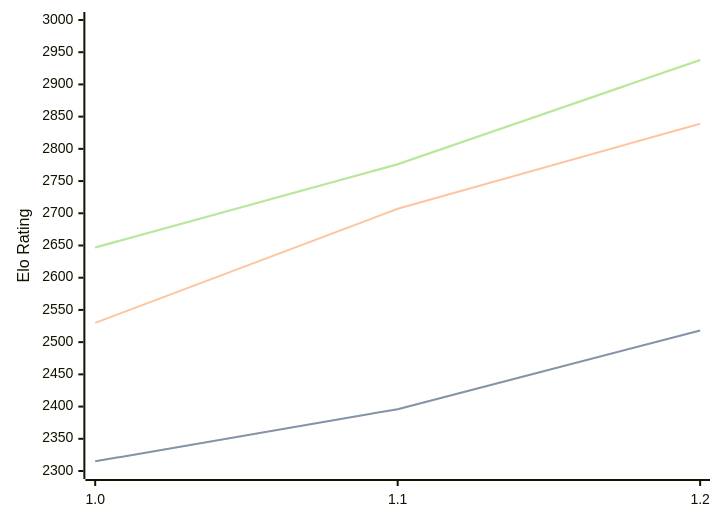
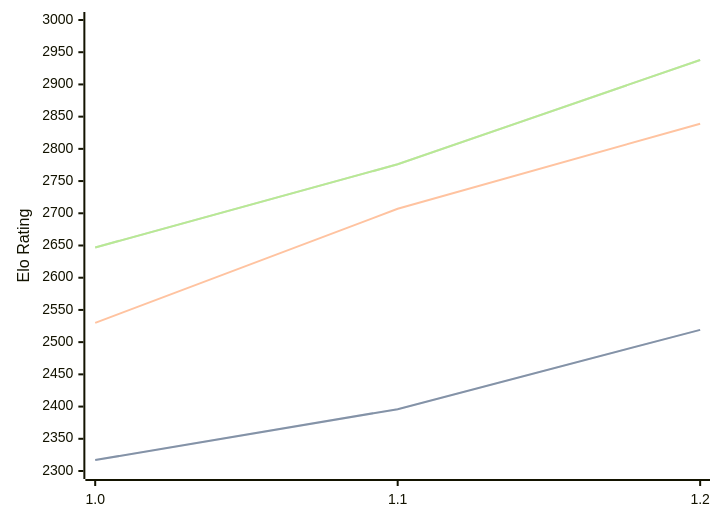
The diagram in engines/FoxChess.md (computer-chess-index/cci), drawn with Mermaid before and after one commit. The commit also changed other lines of this file, not shown here.

````diff
--- a/engines/FoxChess.md
+++ b/engines/FoxChess.md
@@ -33,11 +33,11 @@
 ```mermaid
 %%{init: {"theme":"base","themeVariables":{"seriesColors:['#a3a3a3','#222221','#faa371']}}}%%
 xychart-beta
   x-axis ["1.0", "1.1", "1.2"]
   y-axis "Elo Rating" 2300 --> 3000
-  line "STC (8.0+0.08s)" [2315, 2396, 2518]
-  line "STC (8.0+0.08s)" [2315, 2396, 2518]
+  line "STC (8.0+0.08s)" [2317, 2396, 2519]
+  line "STC (8.0+0.08s)" [2317, 2396, 2519]
   line "LTC (60.0+0.60s)" [2530, 2707, 2839]
   line "VLTC (2m24s+1.12s)" [2647, 2776, 2938]
   line "VLTC (2m24s+1.12s)" [2647, 2776, 2938]
 ```
````
